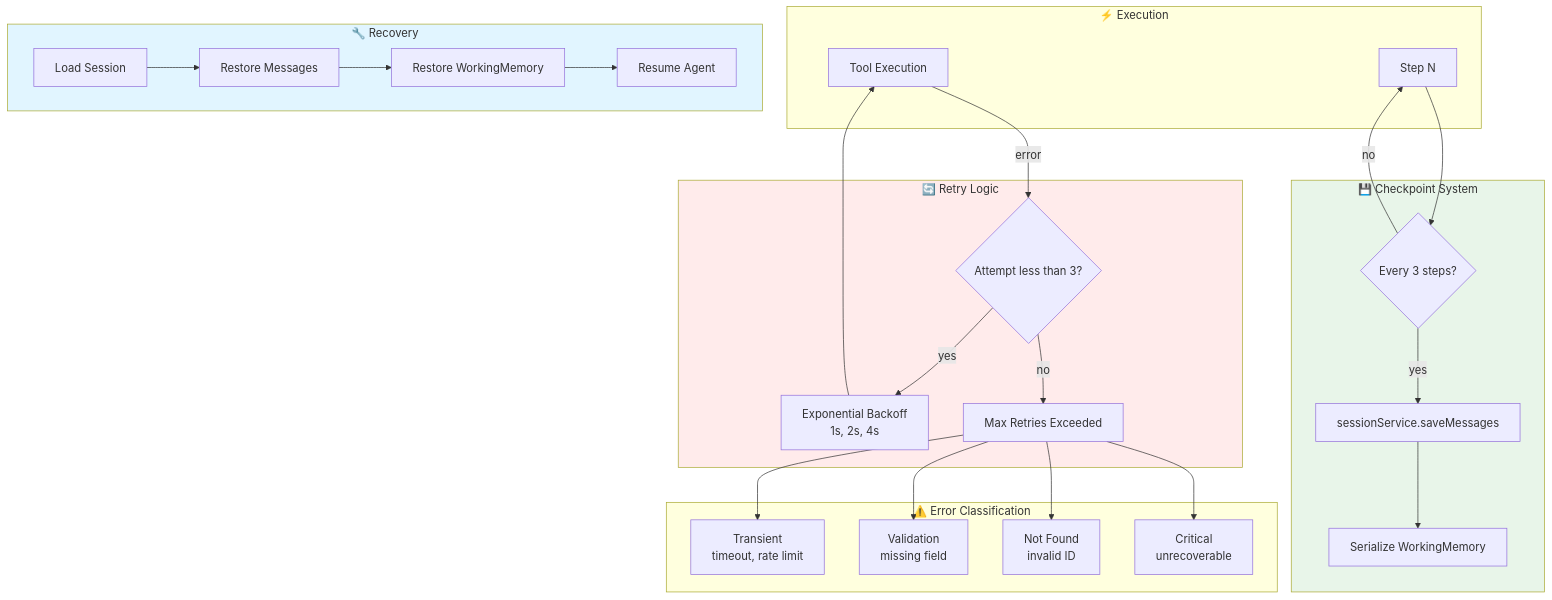
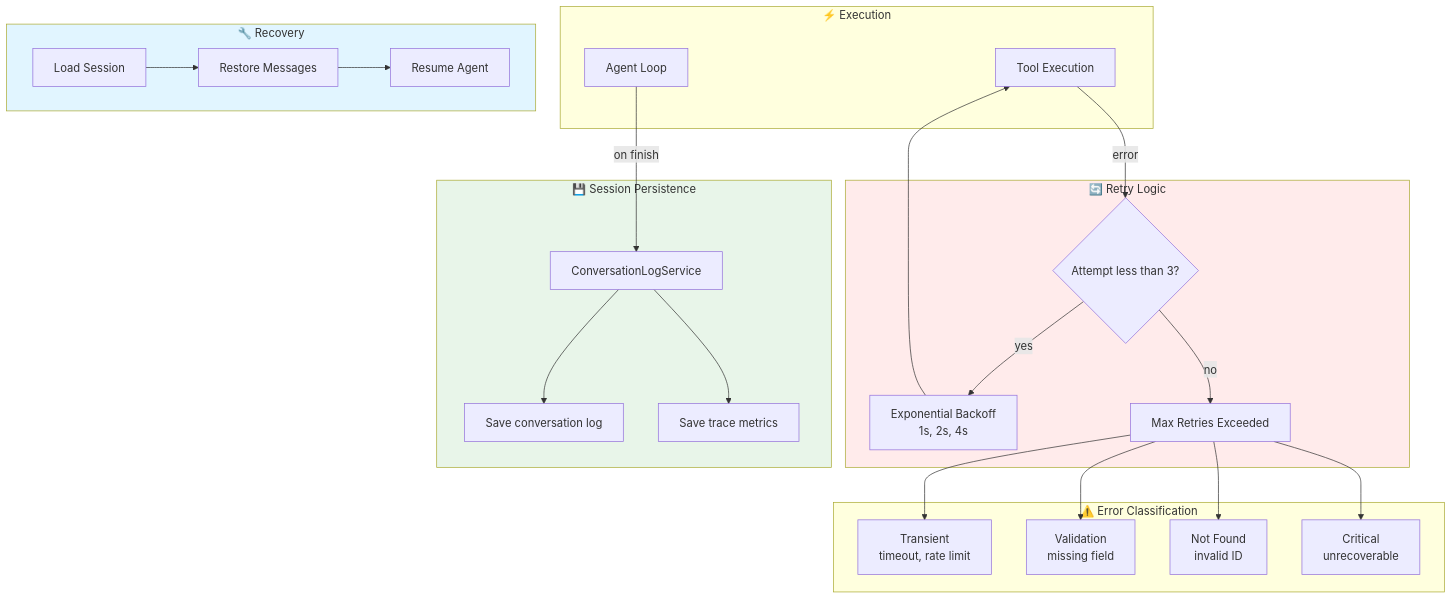
Before and after one commit to gabros20/react-agent-prototype: the ninth of 10 diagrams in docs/architecture/AGENT_SYSTEM_DIAGRAM.md, drawn with Mermaid. The commit also changed other lines of this file and 35 other files, not shown here.

First line of the commit message:
docs: restructure architecture docs and refine tool types

````diff
--- a/docs/architecture/AGENT_SYSTEM_DIAGRAM.md
+++ b/docs/architecture/AGENT_SYSTEM_DIAGRAM.md
@@ -776,56 +777,53 @@
 ```mermaid
 flowchart TB
     subgraph Execution["⚡ Execution"]
         ToolExec[Tool Execution]
-        StepN[Step N]
+        AgentLoop[Agent Loop]
     end
 
     subgraph RetryLogic["🔄 Retry Logic"]
         Attempt{Attempt less than 3?}
         Backoff[Exponential Backoff<br/>1s, 2s, 4s]
         MaxRetries[Max Retries Exceeded]
     end
 
-    subgraph Checkpoint["💾 Checkpoint System"]
-        StepCheck{Every 3 steps?}
-        SaveMessages[sessionService.saveMessages]
-        SaveMemory[Serialize WorkingMemory]
+    subgraph SessionPersistence["💾 Session Persistence"]
+        ConvLog[ConversationLogService]
+        SaveMessages[Save conversation log]
+        SaveMetrics[Save trace metrics]
     end
 
     subgraph Recovery["🔧 Recovery"]
         SessionLoad[Load Session]
         RestoreMessages[Restore Messages]
-        RestoreMemory[Restore WorkingMemory]
         ResumeAgent[Resume Agent]
     end
 
     subgraph ErrorTypes["⚠️ Error Classification"]
         Transient[Transient<br/>timeout, rate limit]
         Validation[Validation<br/>missing field]
         NotFound[Not Found<br/>invalid ID]
         Critical[Critical<br/>unrecoverable]
     end
 
     ToolExec -->|error| Attempt
     Attempt -->|yes| Backoff
     Backoff --> ToolExec
     Attempt -->|no| MaxRetries
 
-    StepN --> StepCheck
-    StepCheck -->|yes| SaveMessages
-    SaveMessages --> SaveMemory
-    StepCheck -->|no| StepN
+    AgentLoop -->|on finish| ConvLog
+    ConvLog --> SaveMessages
+    ConvLog --> SaveMetrics
 
     SessionLoad --> RestoreMessages
-    RestoreMessages --> RestoreMemory
-    RestoreMemory --> ResumeAgent
+    RestoreMessages --> ResumeAgent
 
     MaxRetries --> Transient
     MaxRetries --> Validation
     MaxRetries --> NotFound
     MaxRetries --> Critical
 
     style RetryLogic fill:#ffebeb
-    style Checkpoint fill:#e8f5e9
+    style SessionPersistence fill:#e8f5e9
     style Recovery fill:#e1f5ff
 ```
````
